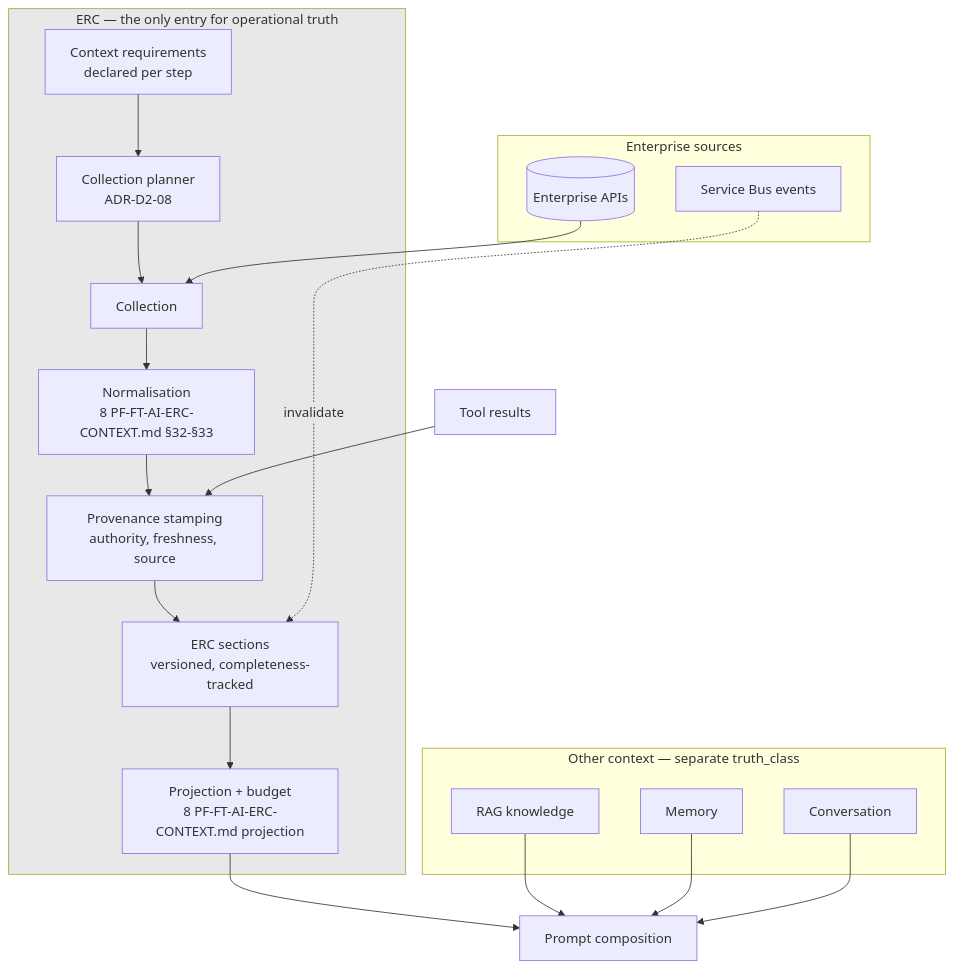
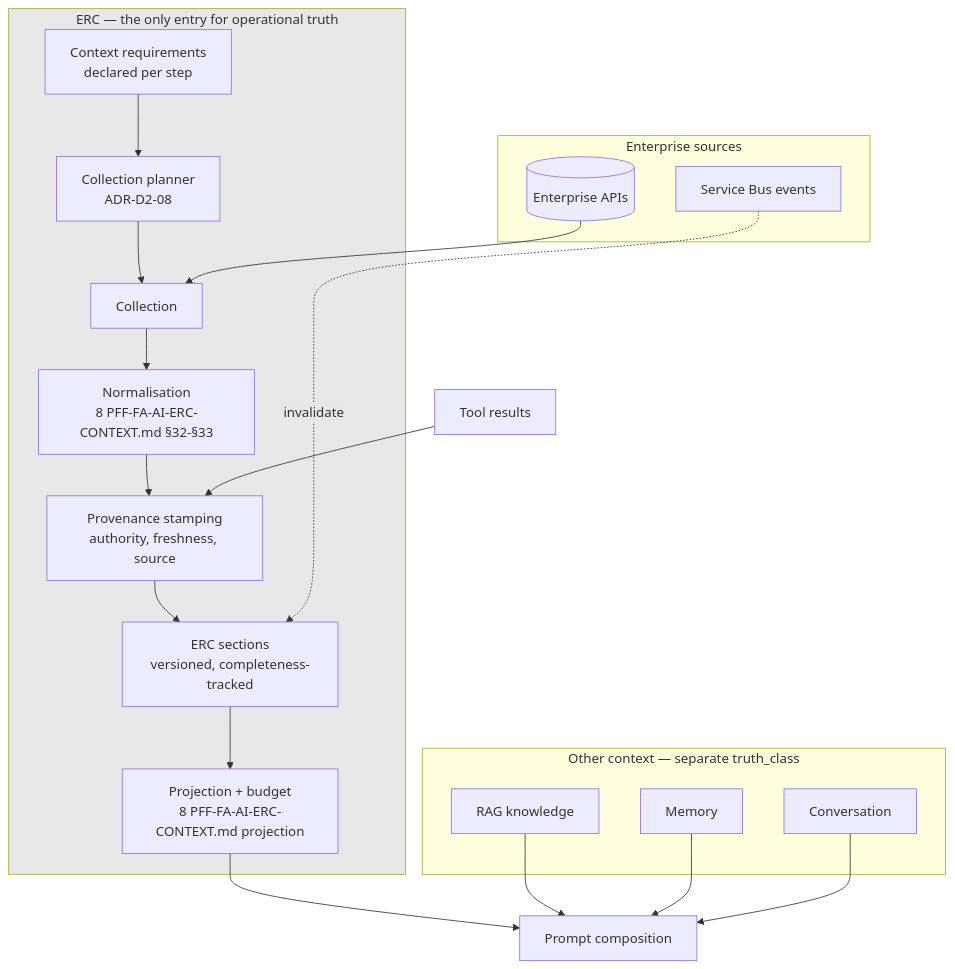
One commit to gobimca87/PF-FT changed the diagram in docs/architecture/adr/02-application-architecture/ADR-D2-12-erc-as-enterprise-context-boundary.md. Above: the diagram before and after it, drawn with Mermaid. The commit also changed other lines of this file and 880 other files, not shown here.

````diff
--- a/docs/architecture/adr/02-application-architecture/ADR-D2-12-erc-as-enterprise-context-boundary.md
+++ b/docs/architecture/adr/02-application-architecture/ADR-D2-12-erc-as-enterprise-context-boundary.md
@@ -316,29 +316,29 @@
 ```mermaid
 flowchart TD
     subgraph SRC["Enterprise sources"]
         API[(Enterprise APIs)]
         EVT[Service Bus events]
     end
     subgraph ERC["ERC — the only entry for operational truth"]
         REQ[Context requirements<br/>declared per step] --> PLAN[Collection planner<br/>ADR-D2-08]
         PLAN --> COL[Collection]
-        COL --> NORM[Normalisation<br/>8 PF-FT-AI-ERC-CONTEXT.md §32-§33]
+        COL --> NORM[Normalisation<br/>8 PFF-FA-AI-ERC-CONTEXT.md §32-§33]
         NORM --> PROV[Provenance stamping<br/>authority, freshness, source]
         PROV --> SEC[ERC sections<br/>versioned, completeness-tracked]
-        SEC --> PROJ[Projection + budget<br/>8 PF-FT-AI-ERC-CONTEXT.md projection]
+        SEC --> PROJ[Projection + budget<br/>8 PFF-FA-AI-ERC-CONTEXT.md projection]
     end
     subgraph OTHER["Other context — separate truth_class"]
         RAG[RAG knowledge]
         MEM[Memory]
         CONV[Conversation]
     end
     API --> COL
     EVT -.invalidate.-> SEC
     TOOL[Tool results] --> PROV
     PROJ --> PR[Prompt composition]
     RAG --> PR
     MEM --> PR
     CONV --> PR
 
     style ERC fill:#e8e8e8
 ```
````
